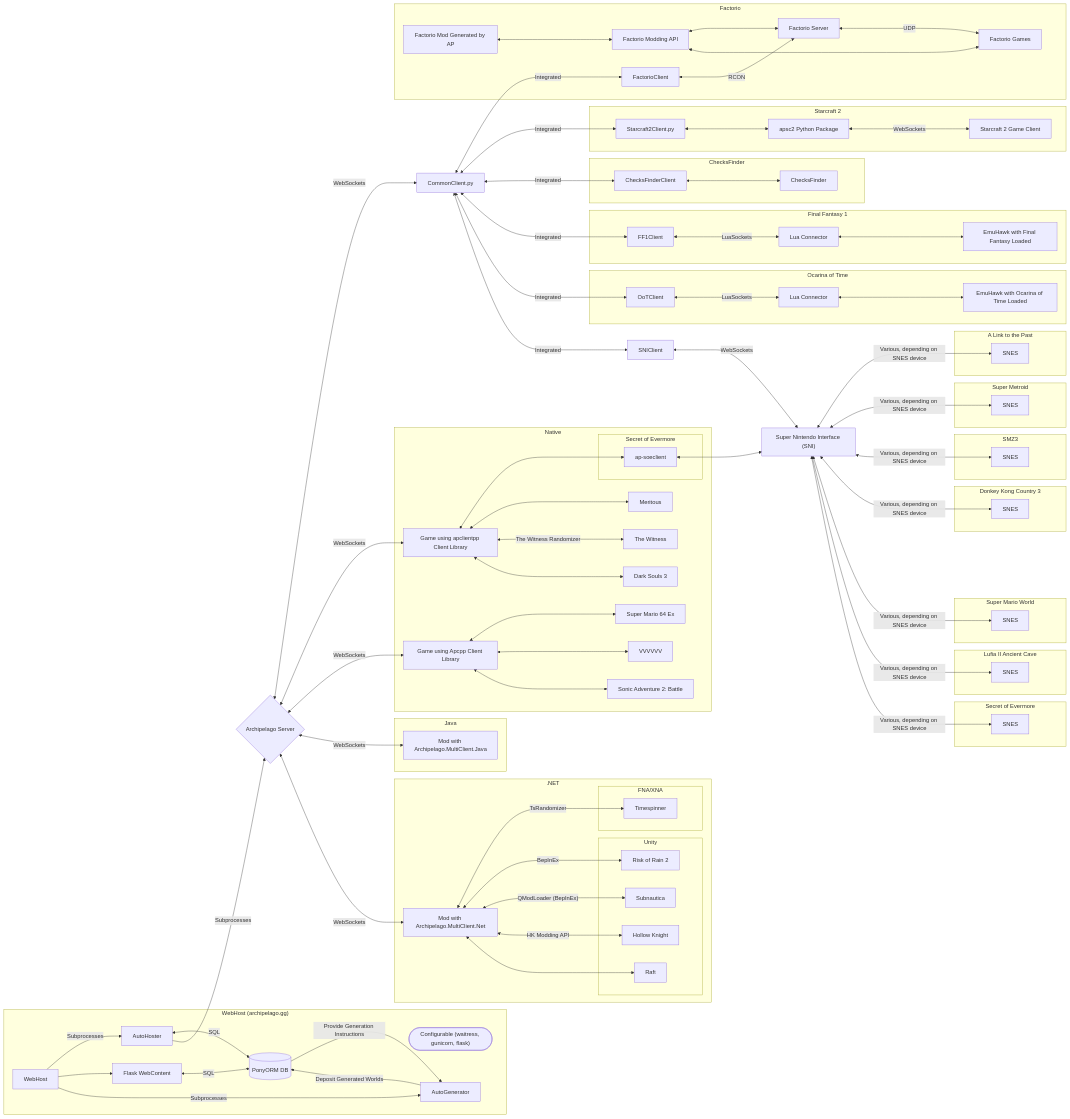
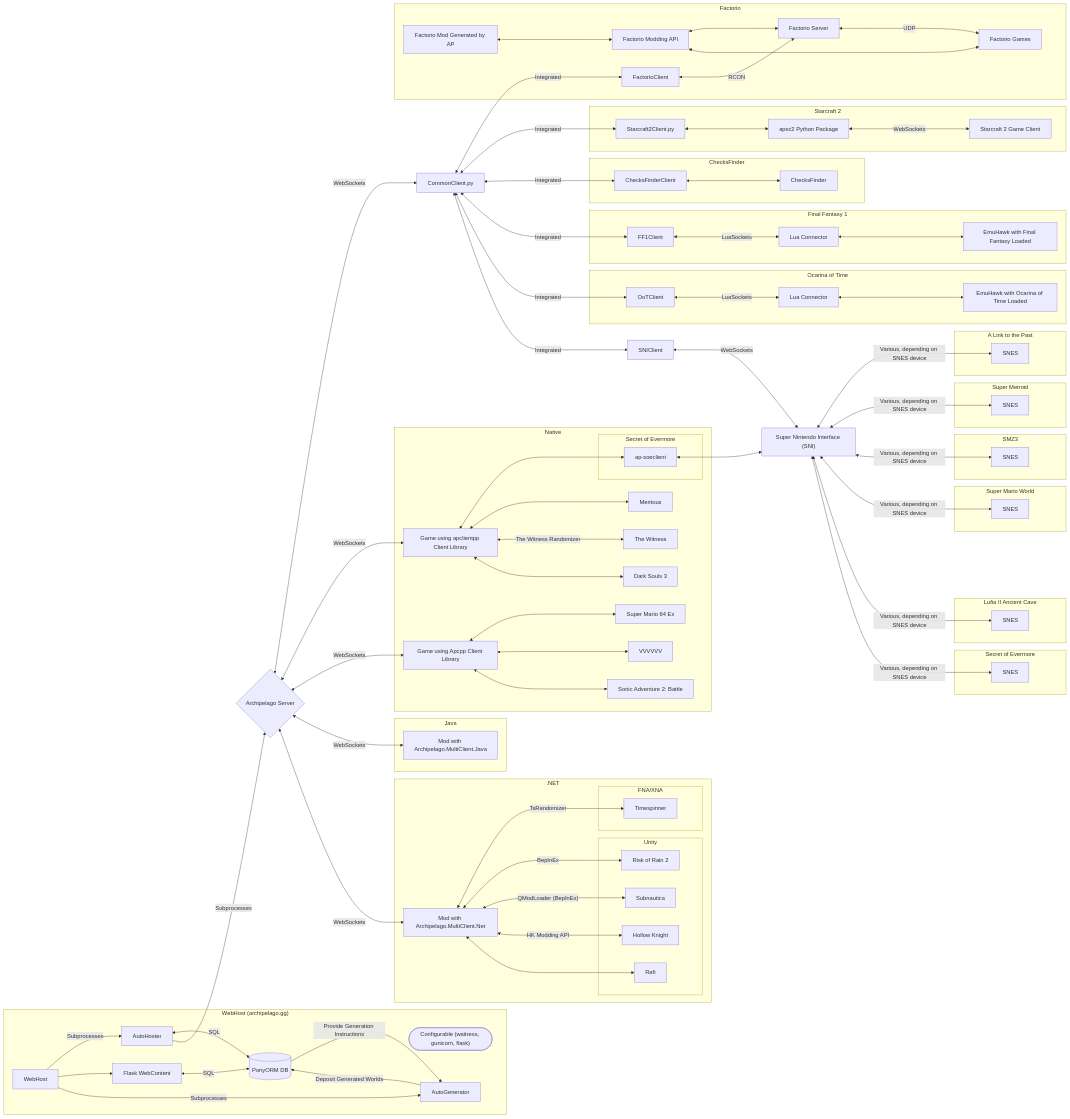
Before and after one commit to robotzurg/hotdog-bot: the diagram in Archipelago-0.6.6/docs/network diagram/network diagram.md, drawn with Mermaid. The commit also changed 488 other files, not shown here.

```diff
--- a/Archipelago-0.6.6/docs/network diagram/network diagram.md
+++ b/Archipelago-0.6.6/docs/network diagram/network diagram.md
@@ -68,12 +68,6 @@
         SMZ[SNES]
     end
     SNI <-- Various, depending on SNES device --> SMZ
-
-    %% Donkey Kong Country 3
-    subgraph Donkey Kong Country 3
-        DK3[SNES]
-    end
-    SNI <-- Various, depending on SNES device --> DK3
 
     %% Super Mario World
     subgraph Super Mario World
```
